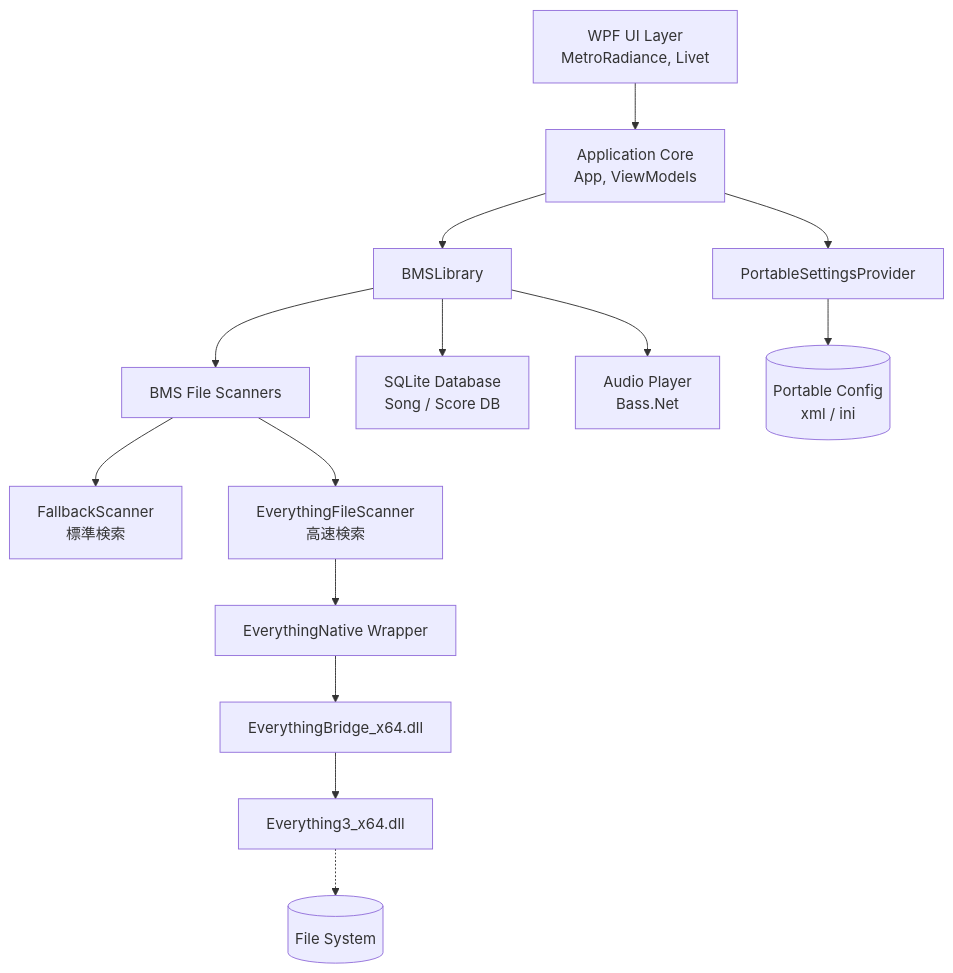
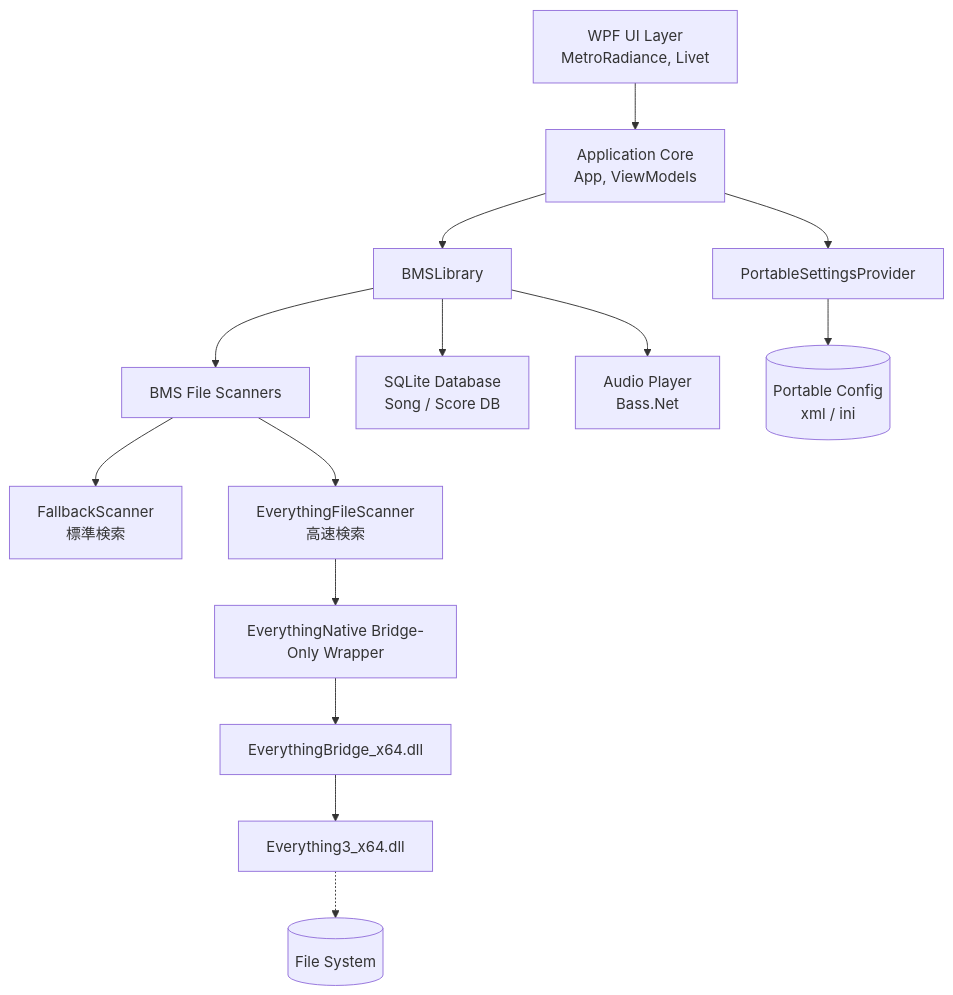
One commit to Neeted/bemusicseeker-unofficial-fork changed the first of 2 diagrams in devdocs/spec/TECH_SPEC.ja.md. Above: the diagram before and after it, drawn with Mermaid. The commit also changed other lines of this file and 25 other files, not shown here.

Commit message:
Restore fixed-scan library build and bridge-only enumeration foundation

````diff
--- a/devdocs/spec/TECH_SPEC.ja.md
+++ b/devdocs/spec/TECH_SPEC.ja.md
@@ -9,27 +9,27 @@
 ```mermaid
 graph TD
     %% ユーザーインターフェース
     UI[WPF UI Layer\nMetroRadiance, Livet] --> AppCore[Application Core\nApp, ViewModels]
     
     %% コアロジック
     AppCore --> BMSLib[BMSLibrary]
     AppCore --> Settings[PortableSettingsProvider]
     
     %% BMSLibrary 依存
     BMSLib --> Scanner[BMS File Scanners]
     BMSLib --> DB[SQLite Database\nSong / Score DB]
     BMSLib --> Audio[Audio Player\nBass.Net]
     
     %% Scanner
     Scanner --> Fallback[FallbackScanner\n標準検索]
     Scanner --> Everything[EverythingFileScanner\n高速検索]
     
     %% Everything連携
-    Everything --> Native[EverythingNative Wrapper]
+    Everything --> Native[EverythingNative Bridge-Only Wrapper]
     Native --> Bridge[EverythingBridge_x64.dll]
     Bridge --> EverythingSDK[Everything3_x64.dll]
     EverythingSDK -.-> OS_FS[(File System)]
     
     %% ポータブル設定
     Settings --> OS_AppData[(Portable Config\nxml / ini)]
 ```
````
